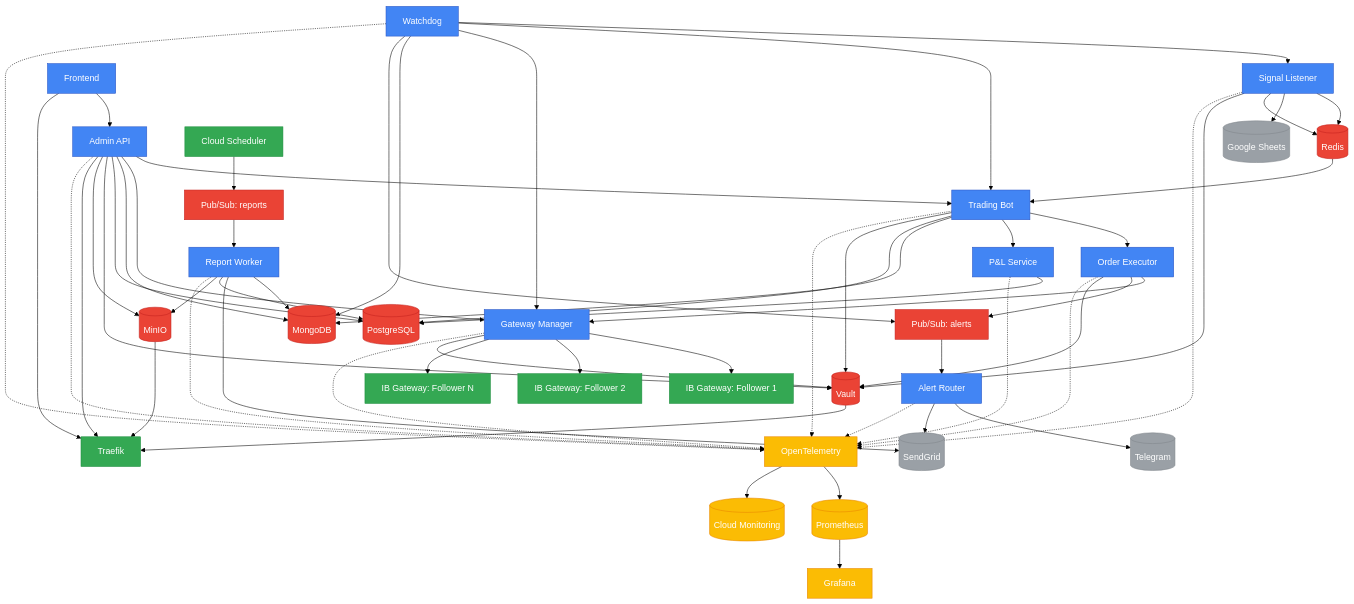
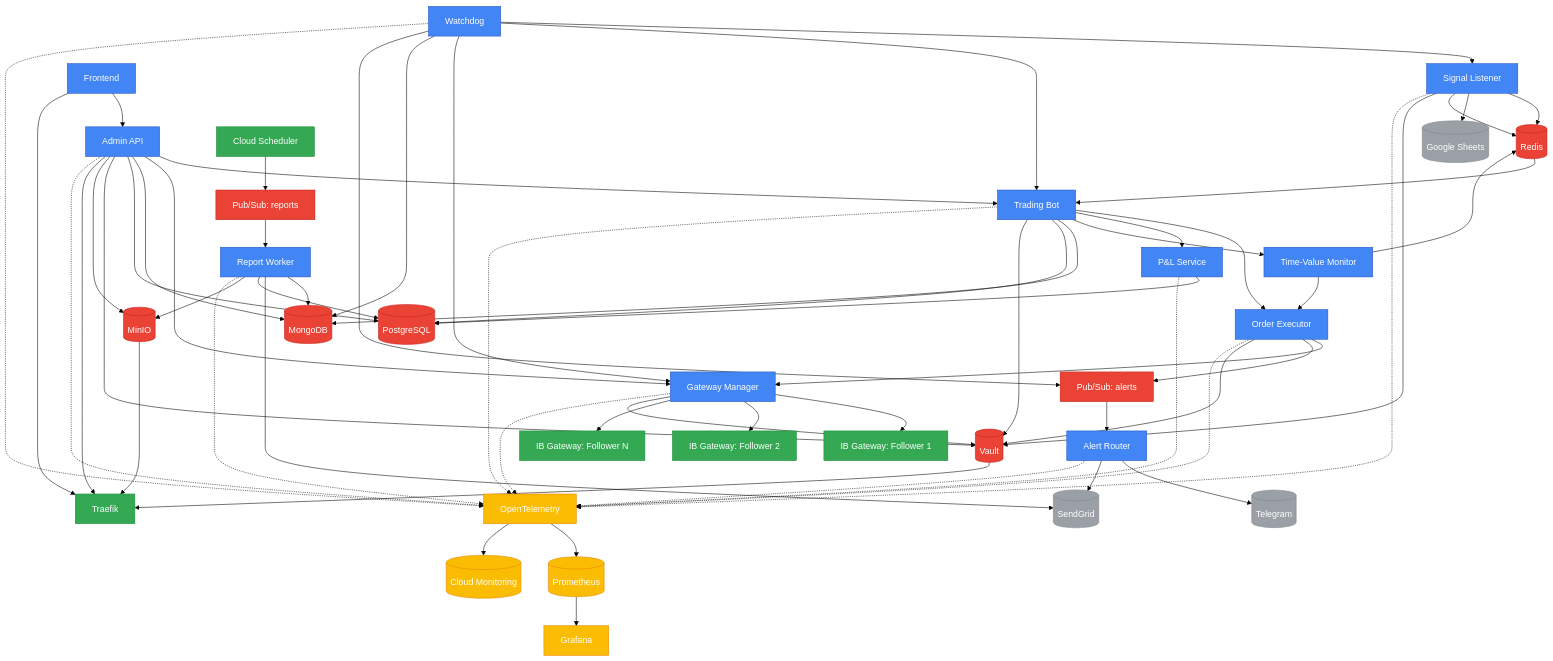
One commit to AIgen-Solutions-s-r-l/SpreadPilot changed the diagram in docs/images/system-architecture.mmd. Above: the diagram before and after it, drawn with Mermaid (forest theme). The commit also changed 2 other files, not shown here.

Commit message:
docs: update time-value monitor documentation
- Add Time-Value Monitor to services list in README
- Create comprehensive documentation for Time-Value Monitor service
- Update system architecture diagram to show Time-Value Monitor integration
- Document monitoring schedule, auto-close logic, and configuration

The documentation now clearly explains:
- How time value is calculated and monitored
- SAFE/RISK/CRITICAL status levels and thresholds
- Redis state management with key expiration
- Auto-close behavior when TV <= $0.10
- Integration with Trading Bot and Alert Router

🤖 Generated with [Claude Code](https://claude.ai/code)

```diff
--- a/docs/images/system-architecture.mmd
+++ b/docs/images/system-architecture.mmd
@@ -1,85 +1,88 @@
 graph TD
     %% Core Services
     SignalListener[Signal Listener] --> Redis[(Redis)]
     SignalListener --> GoogleSheets[(Google Sheets)]
     Redis --> TradingBot[Trading Bot]
     TradingBot --> OrderExecutor[Order Executor]
     TradingBot --> PnLService[P&L Service]
+    TradingBot --> TimeValueMonitor[Time-Value Monitor]
+    TimeValueMonitor --> Redis
+    TimeValueMonitor --> OrderExecutor
     OrderExecutor --> GatewayManager[Gateway Manager]
     GatewayManager --> IBGateway1[IB Gateway: Follower 1]
     GatewayManager --> IBGateway2[IB Gateway: Follower 2]
     GatewayManager --> IBGatewayN[IB Gateway: Follower N]
     TradingBot --> MongoDB[(MongoDB)]
     PnLService --> PostgreSQL[(PostgreSQL)]
     OrderExecutor --> PubSubAlerts[Pub/Sub: alerts]
     
     Watchdog[Watchdog] --> SignalListener
     Watchdog[Watchdog] --> TradingBot
     Watchdog --> GatewayManager
     Watchdog --> MongoDB
     Watchdog --> PubSubAlerts
     
     AdminAPI[Admin API] --> TradingBot
     AdminAPI --> GatewayManager
     AdminAPI --> MongoDB
     
     ReportWorker[Report Worker] --> MongoDB
     ReportWorker --> SendGrid[(SendGrid)]
     PubSubReports[Pub/Sub: reports] --> ReportWorker
     
     AlertRouter[Alert Router] --> Telegram[(Telegram)]
     AlertRouter --> SendGrid
     PubSubAlerts --> AlertRouter
     
     Frontend[Frontend] --> AdminAPI
     
     %% Infrastructure Services
     SignalListener --> Redis
     TradingBot --> PostgreSQL[(PostgreSQL)]
     AdminAPI --> PostgreSQL
     ReportWorker --> PostgreSQL
     
     SignalListener --> Vault[(Vault)]
     TradingBot --> Vault
     AdminAPI --> Vault
     OrderExecutor --> Vault
     GatewayManager --> Vault
     
     ReportWorker --> MinIO[(MinIO)]
     AdminAPI --> MinIO
     
     Frontend --> Traefik[Traefik]
     AdminAPI --> Traefik
     Vault --> Traefik
     MinIO --> Traefik
     
     CloudScheduler[Cloud Scheduler] --> PubSubReports
     
     %% Observability
     OTel[OpenTelemetry] --> Prometheus[(Prometheus)]
     OTel --> CloudMonitoring[(Cloud Monitoring)]
     Prometheus --> Grafana[Grafana]
     
     %% Service connections to observability
     SignalListener -.-> OTel
     TradingBot -.-> OTel
     PnLService -.-> OTel
     OrderExecutor -.-> OTel
     GatewayManager -.-> OTel
     Watchdog -.-> OTel
     AdminAPI -.-> OTel
     ReportWorker -.-> OTel
     AlertRouter -.-> OTel
     
     %% Styling
     classDef coreService fill:#4285F4,stroke:#2A56C6,color:white
     classDef infrastructure fill:#34A853,stroke:#1E8E3E,color:white
     classDef observability fill:#FBBC04,stroke:#EA8600,color:white
     classDef database fill:#EA4335,stroke:#C5221F,color:white
     classDef external fill:#9AA0A6,stroke:#80868B,color:white
     
-    class SignalListener,TradingBot,PnLService,Watchdog,AdminAPI,ReportWorker,AlertRouter,Frontend,GatewayManager,OrderExecutor coreService
+    class SignalListener,TradingBot,PnLService,Watchdog,AdminAPI,ReportWorker,AlertRouter,Frontend,GatewayManager,OrderExecutor,TimeValueMonitor coreService
     class IBGateway1,IBGateway2,IBGatewayN,CloudScheduler,Traefik infrastructure
     class OTel,Prometheus,Grafana,CloudMonitoring observability
     class MongoDB,PostgreSQL,Vault,MinIO,PubSubAlerts,PubSubReports,Redis database
     class GoogleSheets,SendGrid,Telegram external
```
